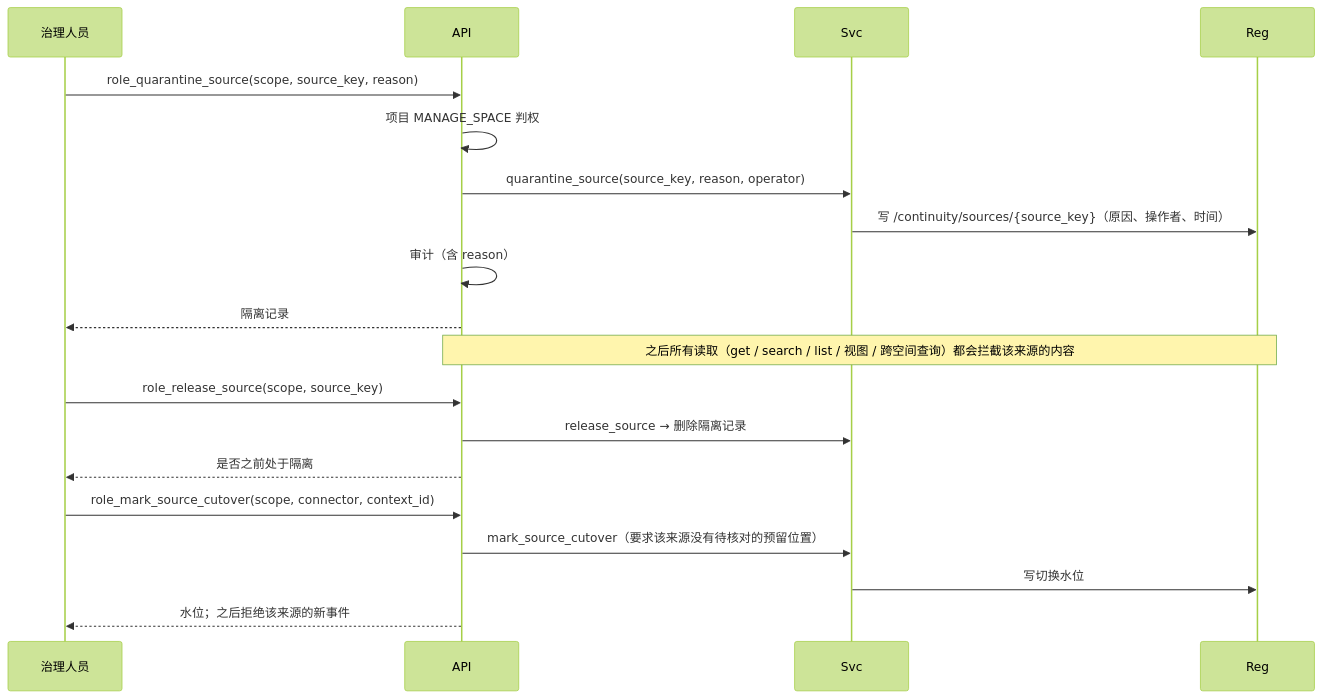
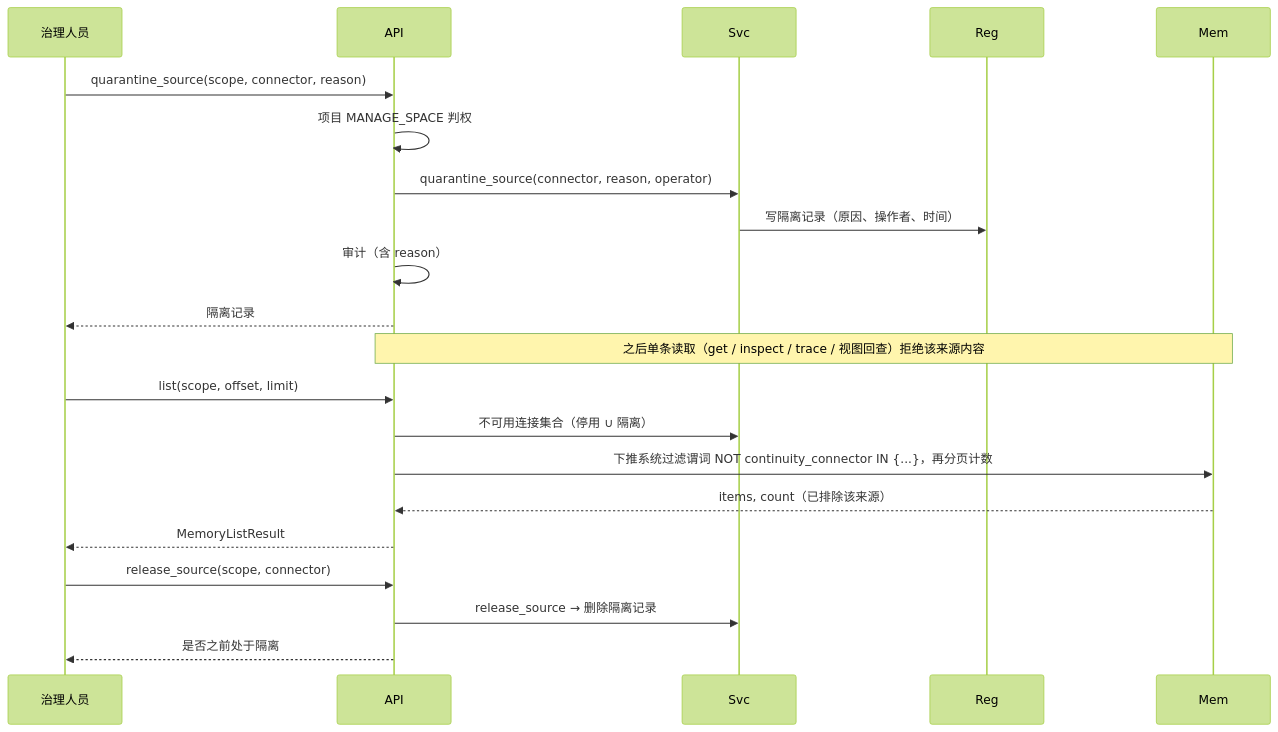
Before and after one commit to openJiuwen-ai/agent-memory: the eighth of 8 diagrams in docs/features/construction/F10-role-memory.md, drawn with Mermaid (forest theme). The commit also changed other lines of this file and 95 other files, not shown here.

````diff
--- a/docs/features/construction/F10-role-memory.md
+++ b/docs/features/construction/F10-role-memory.md
@@ -1136,21 +1244,23 @@
 ```mermaid
 sequenceDiagram
     participant Adm as 治理人员
     participant API
     participant Svc
     participant Reg
-    Adm->>API: role_quarantine_source(scope, source_key, reason)
+    participant Mem
+    Adm->>API: quarantine_source(scope, connector, reason)
     API->>API: 项目 MANAGE_SPACE 判权
-    API->>Svc: quarantine_source(source_key, reason, operator)
-    Svc->>Reg: 写 /continuity/sources/{source_key}（原因、操作者、时间）
+    API->>Svc: quarantine_source(connector, reason, operator)
+    Svc->>Reg: 写隔离记录（原因、操作者、时间）
     API->>API: 审计（含 reason）
     API-->>Adm: 隔离记录
-    Note over API,Reg: 之后所有读取（get / search / list / 视图 / 跨空间查询）都会拦截该来源的内容
-    Adm->>API: role_release_source(scope, source_key)
+    Note over API,Mem: 之后单条读取（get / inspect / trace / 视图回查）拒绝该来源内容
+    Adm->>API: list(scope, offset, limit)
+    API->>Svc: 不可用连接集合（停用 ∪ 隔离）
+    API->>Mem: 下推系统过滤谓词 NOT continuity_connector IN {...}，再分页计数
+    Mem-->>API: items, count（已排除该来源）
+    API-->>Adm: MemoryListResult
+    Adm->>API: release_source(scope, connector)
     API->>Svc: release_source → 删除隔离记录
     API-->>Adm: 是否之前处于隔离
-    Adm->>API: role_mark_source_cutover(scope, connector, context_id)
-    API->>Svc: mark_source_cutover（要求该来源没有待核对的预留位置）
-    Svc->>Reg: 写切换水位
-    API-->>Adm: 水位；之后拒绝该来源的新事件
 ```
````
